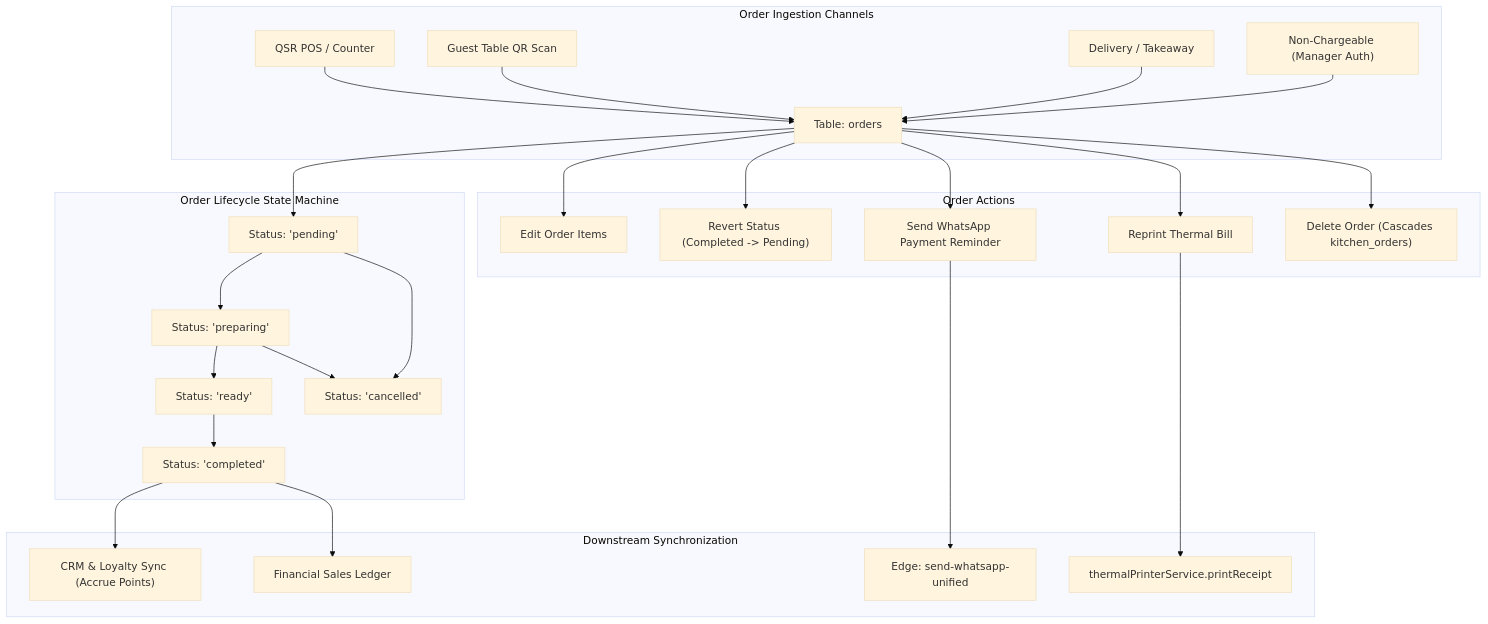
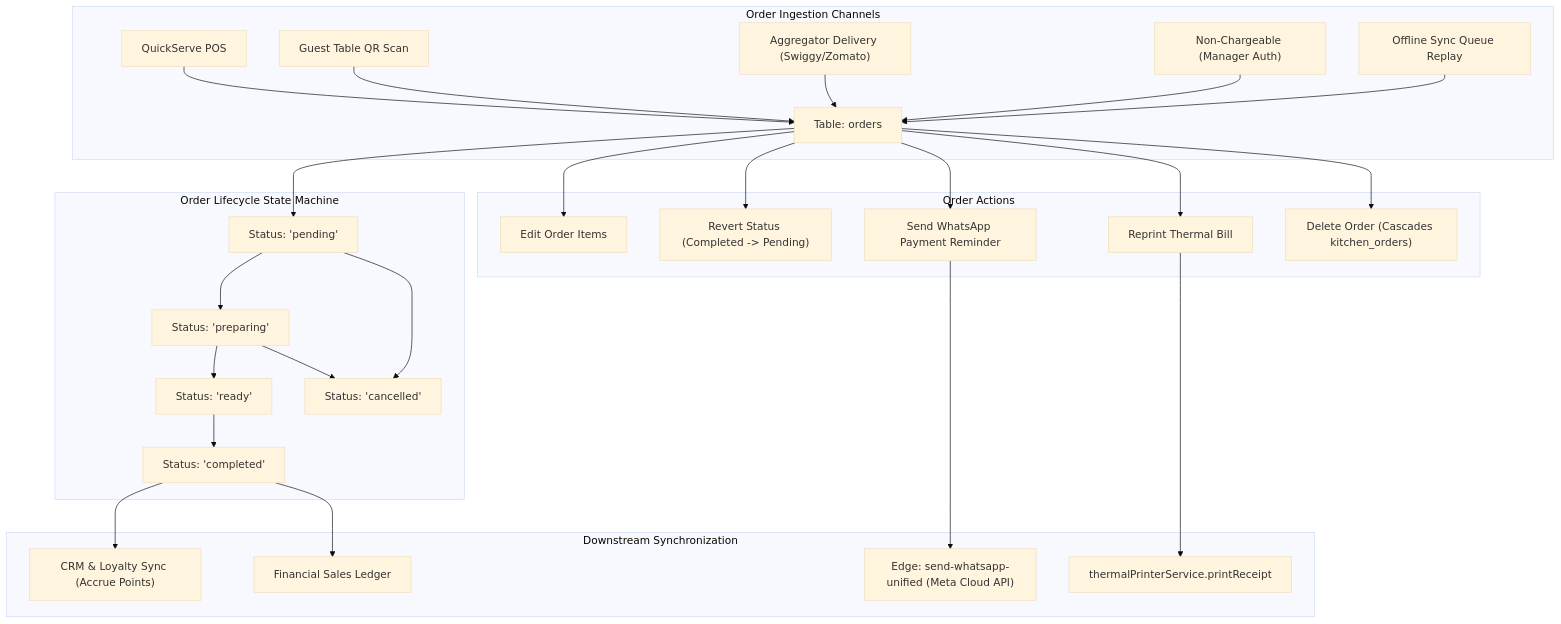
Before and after one commit to sudipjangam/tasty-bite-harbor: the third of 13 diagrams in docs/OPERATIONS_WORKFLOW_AND_INTEGRATION_GUIDE.md, drawn with Mermaid (base theme). The commit also changed other lines of this file and 4 other files, not shown here.

````diff
--- a/docs/OPERATIONS_WORKFLOW_AND_INTEGRATION_GUIDE.md
+++ b/docs/OPERATIONS_WORKFLOW_AND_INTEGRATION_GUIDE.md
@@ -131,33 +147,34 @@
 ```mermaid
 flowchart TD
     subgraph Order_Sources ["Order Ingestion Channels"]
-        POS_IN["QSR POS / Counter"] --> ORDER_TABLE["Table: orders"]
+        POS_IN["QuickServe POS"] --> ORDER_TABLE["Table: orders"]
         QR_IN["Guest Table QR Scan"] --> ORDER_TABLE
-        DLV_IN["Delivery / Takeaway"] --> ORDER_TABLE
+        DLV_IN["Aggregator Delivery (Swiggy/Zomato)"] --> ORDER_TABLE
         NC_IN["Non-Chargeable (Manager Auth)"] --> ORDER_TABLE
+        OFF_IN["Offline Sync Queue Replay"] --> ORDER_TABLE
     end
 
     subgraph State_Machine ["Order Lifecycle State Machine"]
         ORDER_TABLE --> S1["Status: 'pending'"]
         S1 --> S2["Status: 'preparing'"]
         S2 --> S3["Status: 'ready'"]
         S3 --> S4["Status: 'completed'"]
         S1 --> SX["Status: 'cancelled'"]
         S2 --> SX
     end
 
     subgraph User_Actions ["Order Actions"]
         ORDER_TABLE --> ACT1["Edit Order Items"]
         ORDER_TABLE --> ACT2["Revert Status (Completed -> Pending)"]
         ORDER_TABLE --> ACT3["Send WhatsApp Payment Reminder"]
         ORDER_TABLE --> ACT4["Reprint Thermal Bill"]
         ORDER_TABLE --> ACT5["Delete Order (Cascades kitchen_orders)"]
     end
 
     subgraph Integrations ["Downstream Synchronization"]
         S4 --> CRM["CRM & Loyalty Sync (Accrue Points)"]
-        ACT3 --> WA_FN["Edge: send-whatsapp-unified"]
+        ACT3 --> WA_FN["Edge: send-whatsapp-unified (Meta Cloud API)"]
         ACT4 --> PRINT_SVC["thermalPrinterService.printReceipt"]
         S4 --> FIN["Financial Sales Ledger"]
     end
 ```
````
